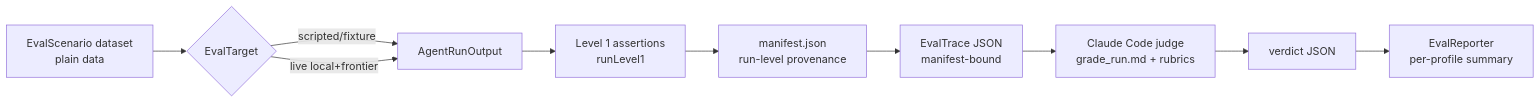
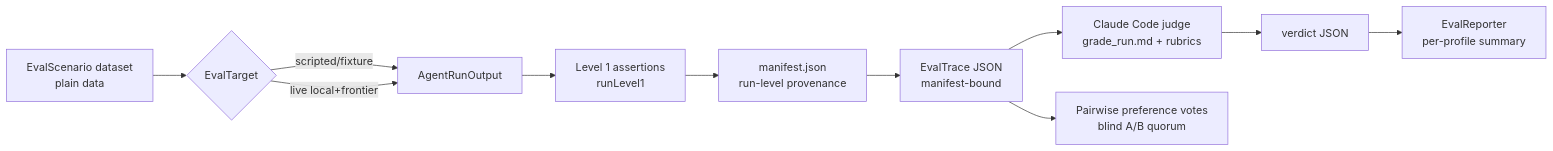
Before and after one commit to matthiasn/lotti: the diagram in eval/README.md, drawn with Mermaid. The commit also changed other lines of this file and 8 other files, not shown here.

Commit message:
feat: add pairwise eval preference quorum

````diff
--- a/eval/README.md
+++ b/eval/README.md
@@ -37,12 +37,13 @@
 ```mermaid
 flowchart LR
   DS[EvalScenario dataset<br/>plain data] --> T{EvalTarget}
   T -->|scripted/fixture| O[AgentRunOutput]
   T -->|live local+frontier| O
   O --> L1[Level 1 assertions<br/>runLevel1]
   L1 --> M[manifest.json<br/>run-level provenance]
   M --> TR[EvalTrace JSON<br/>manifest-bound]
   TR --> J[Claude Code judge<br/>grade_run.md + rubrics]
   J --> V[verdict JSON]
   V --> REP[EvalReporter<br/>per-profile summary]
+  TR --> AB[Pairwise preference votes<br/>blind A/B quorum]
 ```
````
